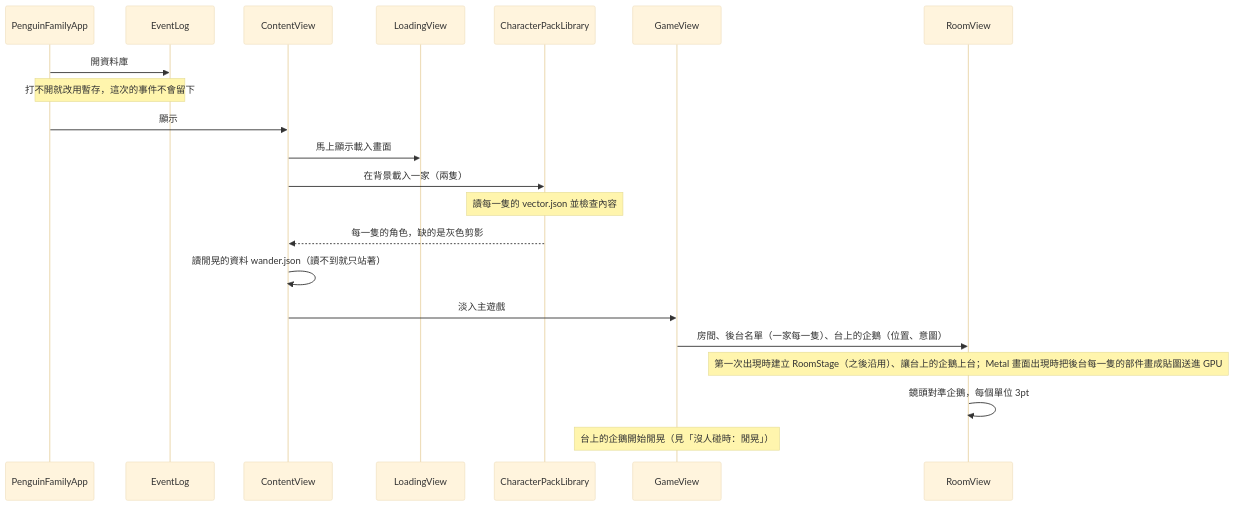
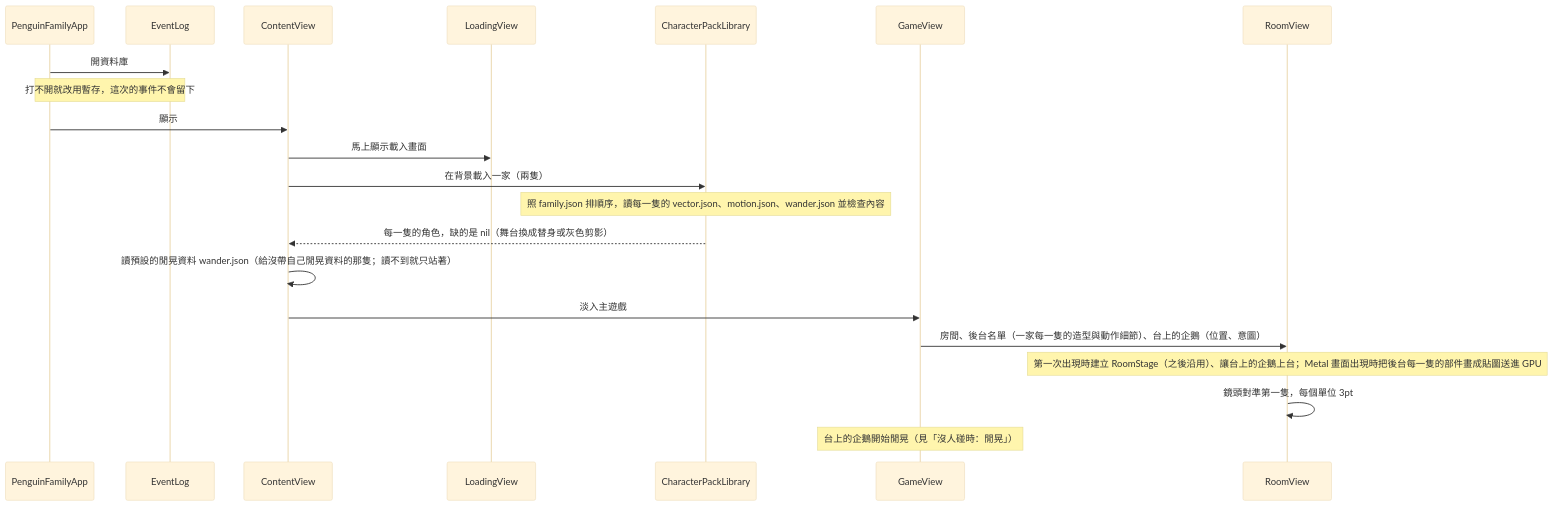
The second of 5 diagrams in docs/code-map.md (CBHeng/penguin-family), drawn with Mermaid (base theme) before and after one commit. The commit also changed other lines of this file and 30 other files, not shown here.

````diff
--- a/docs/code-map.md
+++ b/docs/code-map.md
@@ -184,24 +186,24 @@
 ```mermaid
 sequenceDiagram
     participant App as PenguinFamilyApp
     participant Log as EventLog
     participant CV as ContentView
     participant LV as LoadingView
     participant Lib as CharacterPackLibrary
     participant GV as GameView
     participant RV as RoomView
 
     App->>Log: 開資料庫
     Note over App,Log: 打不開就改用暫存，這次的事件不會留下
     App->>CV: 顯示
     CV->>LV: 馬上顯示載入畫面
     CV->>Lib: 在背景載入一家（兩隻）
-    Note over Lib: 讀每一隻的 vector.json 並檢查內容
-    Lib-->>CV: 每一隻的角色，缺的是灰色剪影
-    CV->>CV: 讀閒晃的資料 wander.json（讀不到就只站著）
+    Note over Lib: 照 family.json 排順序，讀每一隻的 vector.json、motion.json、wander.json 並檢查內容
+    Lib-->>CV: 每一隻的角色，缺的是 nil（舞台換成替身或灰色剪影）
+    CV->>CV: 讀預設的閒晃資料 wander.json（給沒帶自己閒晃資料的那隻；讀不到就只站著）
     CV->>GV: 淡入主遊戲
-    GV->>RV: 房間、後台名單（一家每一隻）、台上的企鵝（位置、意圖）
+    GV->>RV: 房間、後台名單（一家每一隻的造型與動作細節）、台上的企鵝（位置、意圖）
     Note over RV: 第一次出現時建立 RoomStage（之後沿用）、讓台上的企鵝上台；Metal 畫面出現時把後台每一隻的部件畫成貼圖送進 GPU
-    RV->>RV: 鏡頭對準企鵝，每個單位 3pt
+    RV->>RV: 鏡頭對準第一隻，每個單位 3pt
     Note over GV: 台上的企鵝開始閒晃（見「沒人碰時：閒晃」）
 ```
````
